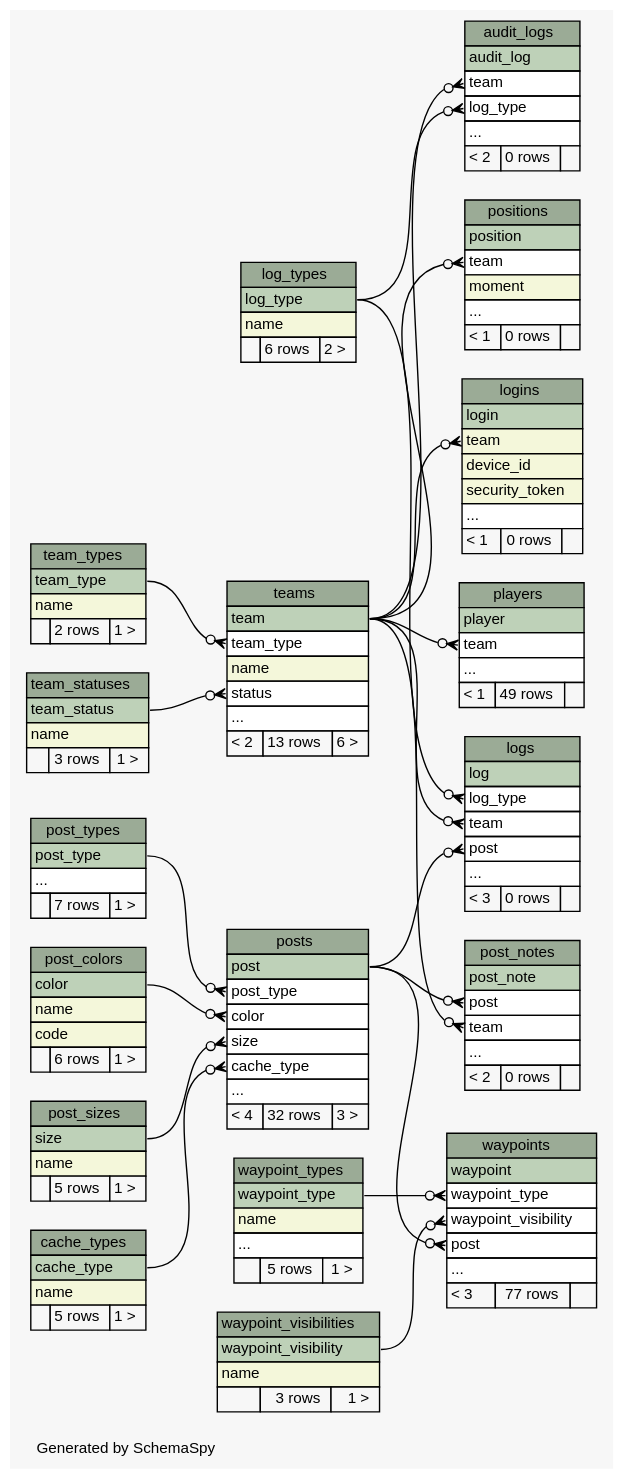
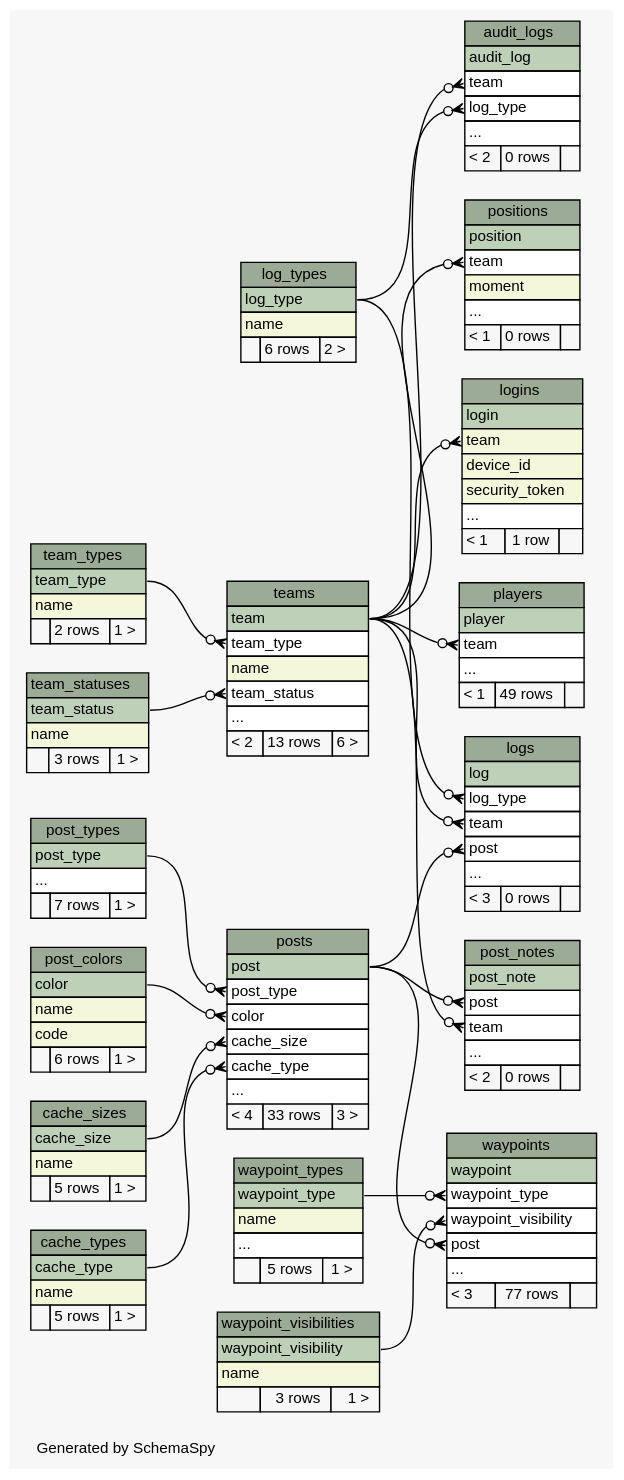
One commit to xmarwin/brazda changed the diagram in Brazda/doc/db/diagrams/summary/relationships.real.compact.dot. Above: the diagram before and after it, drawn with Graphviz. The commit also changed 100 other files, not shown here.

```diff
--- a/Brazda/doc/db/diagrams/summary/relationships.real.compact.dot
+++ b/Brazda/doc/db/diagrams/summary/relationships.real.compact.dot
@@ -32,6 +32,17 @@
     URL="tables/audit_logs.html"
     tooltip="audit_logs"
   ];
+  "cache_sizes" [
+    label=<
+    <TABLE BORDER="0" CELLBORDER="1" CELLSPACING="0" BGCOLOR="#ffffff">
+      <TR><TD COLSPAN="3" BGCOLOR="#9bab96" ALIGN="CENTER">cache_sizes</TD></TR>
+      <TR><TD PORT="cache_size" COLSPAN="3" BGCOLOR="#bed1b8" ALIGN="LEFT">cache_size</TD></TR>
+      <TR><TD PORT="name" COLSPAN="3" BGCOLOR="#f4f7da" ALIGN="LEFT">name</TD></TR>
+      <TR><TD ALIGN="LEFT" BGCOLOR="#f7f7f7">  </TD><TD ALIGN="RIGHT" BGCOLOR="#f7f7f7">5 rows</TD><TD ALIGN="RIGHT" BGCOLOR="#f7f7f7">1 &gt;</TD></TR>
+    </TABLE>>
+    URL="tables/cache_sizes.html"
+    tooltip="cache_sizes"
+  ];
   "cache_types" [
     label=<
     <TABLE BORDER="0" CELLBORDER="1" CELLSPACING="0" BGCOLOR="#ffffff">
@@ -63,7 +74,7 @@
       <TR><TD PORT="device_id" COLSPAN="3" BGCOLOR="#f4f7da" ALIGN="LEFT">device_id</TD></TR>
       <TR><TD PORT="security_token" COLSPAN="3" BGCOLOR="#f4f7da" ALIGN="LEFT">security_token</TD></TR>
       <TR><TD PORT="elipses" COLSPAN="3" ALIGN="LEFT">...</TD></TR>
-      <TR><TD ALIGN="LEFT" BGCOLOR="#f7f7f7">&lt; 1</TD><TD ALIGN="RIGHT" BGCOLOR="#f7f7f7">0 rows</TD><TD ALIGN="RIGHT" BGCOLOR="#f7f7f7">  </TD></TR>
+      <TR><TD ALIGN="LEFT" BGCOLOR="#f7f7f7">&lt; 1</TD><TD ALIGN="RIGHT" BGCOLOR="#f7f7f7">1 row</TD><TD ALIGN="RIGHT" BGCOLOR="#f7f7f7">  </TD></TR>
     </TABLE>>
     URL="tables/logins.html"
     tooltip="logins"
@@ -132,17 +143,6 @@
     URL="tables/post_notes.html"
     tooltip="post_notes"
   ];
-  "post_sizes" [
-    label=<
-    <TABLE BORDER="0" CELLBORDER="1" CELLSPACING="0" BGCOLOR="#ffffff">
-      <TR><TD COLSPAN="3" BGCOLOR="#9bab96" ALIGN="CENTER">post_sizes</TD></TR>
-      <TR><TD PORT="size" COLSPAN="3" BGCOLOR="#bed1b8" ALIGN="LEFT">size</TD></TR>
-      <TR><TD PORT="name" COLSPAN="3" BGCOLOR="#f4f7da" ALIGN="LEFT">name</TD></TR>
-      <TR><TD ALIGN="LEFT" BGCOLOR="#f7f7f7">  </TD><TD ALIGN="RIGHT" BGCOLOR="#f7f7f7">5 rows</TD><TD ALIGN="RIGHT" BGCOLOR="#f7f7f7">1 &gt;</TD></TR>
-    </TABLE>>
-    URL="tables/post_sizes.html"
-    tooltip="post_sizes"
-  ];
   "post_types" [
     label=<
     <TABLE BORDER="0" CELLBORDER="1" CELLSPACING="0" BGCOLOR="#ffffff">
@@ -161,10 +161,10 @@
       <TR><TD PORT="post" COLSPAN="3" BGCOLOR="#bed1b8" ALIGN="LEFT">post</TD></TR>
       <TR><TD PORT="post_type" COLSPAN="3" ALIGN="LEFT">post_type</TD></TR>
       <TR><TD PORT="color" COLSPAN="3" ALIGN="LEFT">color</TD></TR>
-      <TR><TD PORT="size" COLSPAN="3" ALIGN="LEFT">size</TD></TR>
+      <TR><TD PORT="cache_size" COLSPAN="3" ALIGN="LEFT">cache_size</TD></TR>
       <TR><TD PORT="cache_type" COLSPAN="3" ALIGN="LEFT">cache_type</TD></TR>
       <TR><TD PORT="elipses" COLSPAN="3" ALIGN="LEFT">...</TD></TR>
-      <TR><TD ALIGN="LEFT" BGCOLOR="#f7f7f7">&lt; 4</TD><TD ALIGN="RIGHT" BGCOLOR="#f7f7f7">32 rows</TD><TD ALIGN="RIGHT" BGCOLOR="#f7f7f7">3 &gt;</TD></TR>
+      <TR><TD ALIGN="LEFT" BGCOLOR="#f7f7f7">&lt; 4</TD><TD ALIGN="RIGHT" BGCOLOR="#f7f7f7">33 rows</TD><TD ALIGN="RIGHT" BGCOLOR="#f7f7f7">3 &gt;</TD></TR>
     </TABLE>>
     URL="tables/posts.html"
     tooltip="posts"
@@ -198,7 +198,7 @@
       <TR><TD PORT="team" COLSPAN="3" BGCOLOR="#bed1b8" ALIGN="LEFT">team</TD></TR>
       <TR><TD PORT="team_type" COLSPAN="3" ALIGN="LEFT">team_type</TD></TR>
       <TR><TD PORT="name" COLSPAN="3" BGCOLOR="#f4f7da" ALIGN="LEFT">name</TD></TR>
-      <TR><TD PORT="status" COLSPAN="3" ALIGN="LEFT">status</TD></TR>
+      <TR><TD PORT="team_status" COLSPAN="3" ALIGN="LEFT">team_status</TD></TR>
       <TR><TD PORT="elipses" COLSPAN="3" ALIGN="LEFT">...</TD></TR>
       <TR><TD ALIGN="LEFT" BGCOLOR="#f7f7f7">&lt; 2</TD><TD ALIGN="RIGHT" BGCOLOR="#f7f7f7">13 rows</TD><TD ALIGN="RIGHT" BGCOLOR="#f7f7f7">6 &gt;</TD></TR>
     </TABLE>>
@@ -252,11 +252,11 @@
   "positions":"team":w -> "teams":"team":e [arrowhead=none dir=back arrowtail=crowodot];
   "post_notes":"post":w -> "posts":"post":e [arrowhead=none dir=back arrowtail=crowodot];
   "post_notes":"team":w -> "teams":"team":e [arrowhead=none dir=back arrowtail=crowodot];
+  "posts":"cache_size":w -> "cache_sizes":"cache_size":e [arrowhead=none dir=back arrowtail=crowodot];
   "posts":"cache_type":w -> "cache_types":"cache_type":e [arrowhead=none dir=back arrowtail=crowodot];
   "posts":"color":w -> "post_colors":"color":e [arrowhead=none dir=back arrowtail=crowodot];
   "posts":"post_type":w -> "post_types":"post_type":e [arrowhead=none dir=back arrowtail=crowodot];
-  "posts":"size":w -> "post_sizes":"size":e [arrowhead=none dir=back arrowtail=crowodot];
-  "teams":"status":w -> "team_statuses":"team_status":e [arrowhead=none dir=back arrowtail=crowodot];
+  "teams":"team_status":w -> "team_statuses":"team_status":e [arrowhead=none dir=back arrowtail=crowodot];
   "teams":"team_type":w -> "team_types":"team_type":e [arrowhead=none dir=back arrowtail=crowodot];
   "waypoints":"post":w -> "posts":"post":e [arrowhead=none dir=back arrowtail=crowodot];
   "waypoints":"waypoint_type":w -> "waypoint_types":"waypoint_type":e [arrowhead=none dir=back arrowtail=crowodot];
```
